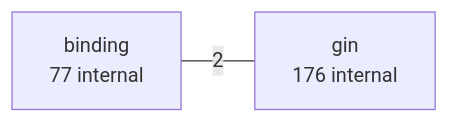
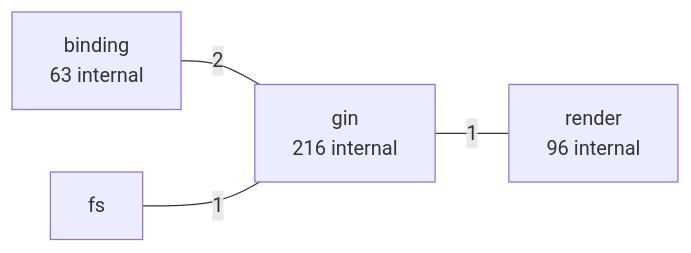
One commit to LukasSelin/doppel changed the second of 7 diagrams in examples/gin.md. Above: the diagram before and after it, drawn with Mermaid. The commit also changed other lines of this file and 66 other files, not shown here.

````diff
--- a/examples/gin.md
+++ b/examples/gin.md
@@ -120,6 +220,10 @@
 ```mermaid
 flowchart LR
-    p0["binding<br/>77 internal"]
-    p1["gin<br/>176 internal"]
+    p0["binding<br/>63 internal"]
+    p1["gin<br/>216 internal"]
     p0 ---|"2"| p1
+    p2["fs"]
+    p2 ---|"1"| p1
+    p3["render<br/>96 internal"]
+    p1 ---|"1"| p3
 ```
````
